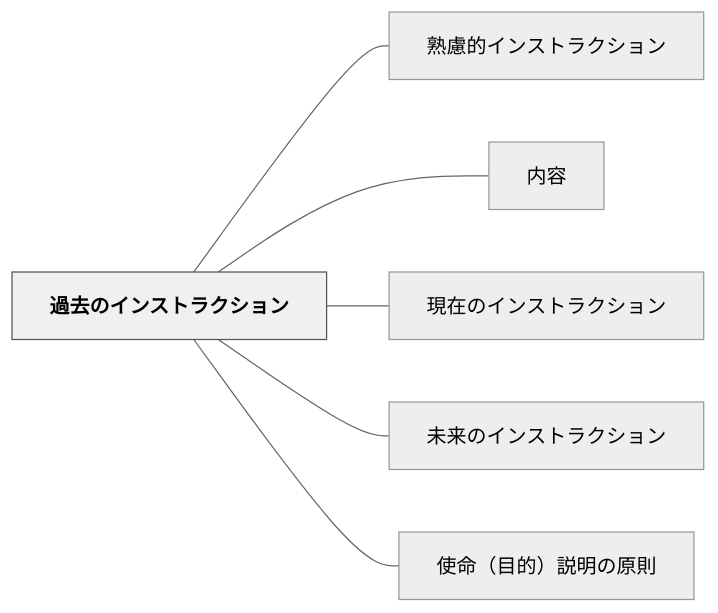
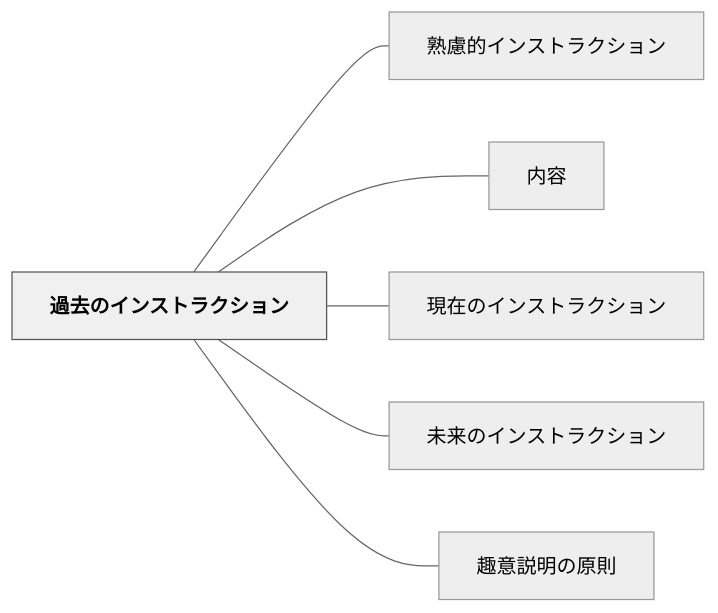
The diagram in content/パタン/過去のインストラクション.md (unknownthings-ed-patterns/unknownthings-ed-patterns), drawn with Mermaid (neutral theme) before and after one commit. The commit also changed other lines of this file and 41 other files, not shown here.

````diff
--- a/content/パタン/過去のインストラクション.md
+++ b/content/パタン/過去のインストラクション.md
@@ -37,18 +37,18 @@
 ```mermaid
 flowchart LR
     ne9818ee58ebbe381aee382a4e383b3e382b9e38388e383a9e382afe382b7e383a7e383b3["過去のインストラクション"]
     ne7869fe685aee79a84e382a4e383b3e382b9e38388e383a9e382afe382b7e383a7e383b3["熟慮的インストラクション"]
     ne58685e5aeb9["内容"]
     ne78fbee59ca8e381aee382a4e383b3e382b9e38388e383a9e382afe382b7e383a7e383b3["現在のインストラクション"]
     ne69caae69da5e381aee382a4e383b3e382b9e38388e383a9e382afe382b7e383a7e383b3["未来のインストラクション"]
-    ne4bdbfe591bdefbc88e79baee79a84efbc89e8aaace6988ee381aee58e9fe58987["使命（目的）説明の原則"]
+    ne8b6a3e6848fe8aaace6988ee381aee58e9fe58987["趣意説明の原則"]
 
     ne9818ee58ebbe381aee382a4e383b3e382b9e38388e383a9e382afe382b7e383a7e383b3 --- ne7869fe685aee79a84e382a4e383b3e382b9e38388e383a9e382afe382b7e383a7e383b3
     ne9818ee58ebbe381aee382a4e383b3e382b9e38388e383a9e382afe382b7e383a7e383b3 --- ne58685e5aeb9
     ne9818ee58ebbe381aee382a4e383b3e382b9e38388e383a9e382afe382b7e383a7e383b3 --- ne78fbee59ca8e381aee382a4e383b3e382b9e38388e383a9e382afe382b7e383a7e383b3
     ne9818ee58ebbe381aee382a4e383b3e382b9e38388e383a9e382afe382b7e383a7e383b3 --- ne69caae69da5e381aee382a4e383b3e382b9e38388e383a9e382afe382b7e383a7e383b3
-    ne9818ee58ebbe381aee382a4e383b3e382b9e38388e383a9e382afe382b7e383a7e383b3 --- ne4bdbfe591bdefbc88e79baee79a84efbc89e8aaace6988ee381aee58e9fe58987
+    ne9818ee58ebbe381aee382a4e383b3e382b9e38388e383a9e382afe382b7e383a7e383b3 --- ne8b6a3e6848fe8aaace6988ee381aee58e9fe58987
 
     classDef hub fill:#f0f0f0,stroke:#555,color:#000,font-weight:bold
     class ne9818ee58ebbe381aee382a4e383b3e382b9e38388e383a9e382afe382b7e383a7e383b3 hub
 ```
````
